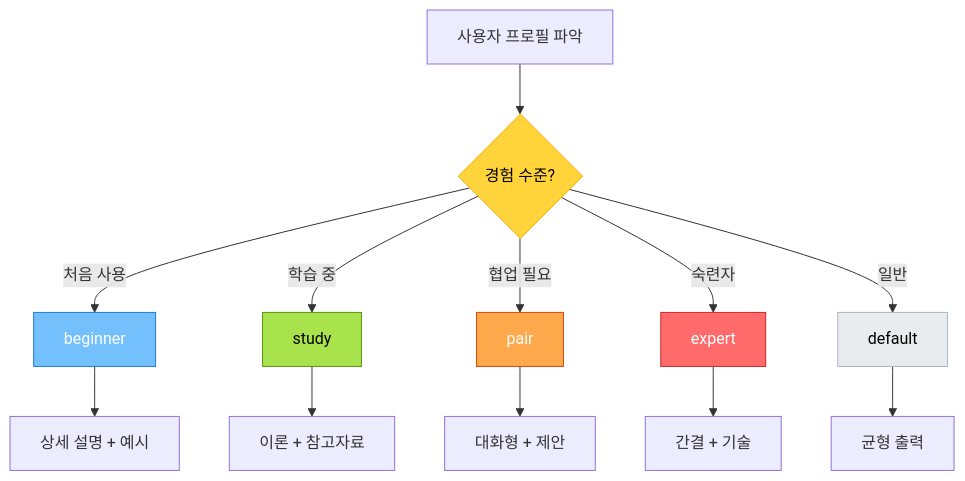
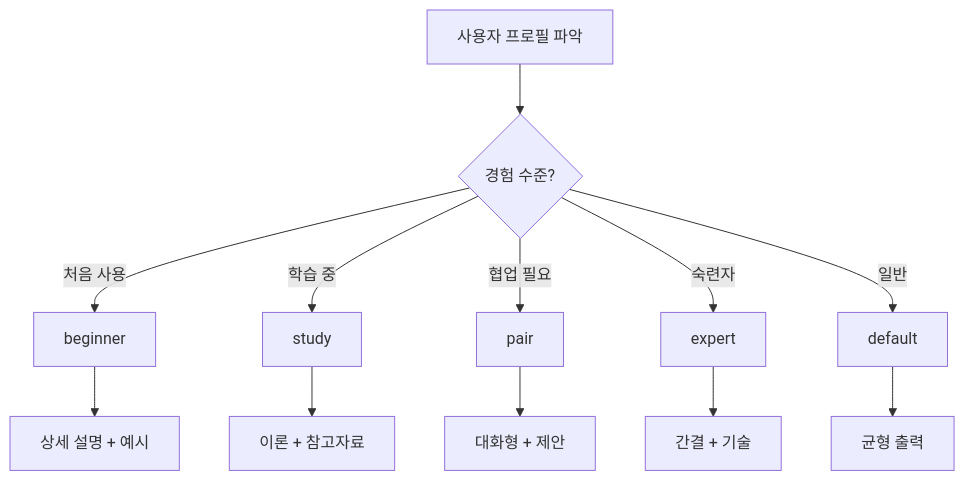
The fifth of 7 diagrams in docs/claude/agents/cc-manager.md (modu-ai/moai-adk), drawn with Mermaid before and after one commit. The commit also changed other lines of this file and 299 other files, not shown here.

First line of the commit message:
🎨 feat: Mermaid 다크/라이트 테마 대응 + trust-checker 통합

````diff
--- a/docs/claude/agents/cc-manager.md
+++ b/docs/claude/agents/cc-manager.md
@@ -408,22 +395,16 @@
 ```mermaid
 graph TD
     A[사용자 프로필 파악] --> B{경험 수준?}
     B -->|처음 사용| C[beginner]
     B -->|학습 중| D[study]
     B -->|협업 필요| E[pair]
     B -->|숙련자| F[expert]
     B -->|일반| G[default]
 
     C --> H[상세 설명 + 예시]
     D --> I[이론 + 참고자료]
     E --> J[대화형 + 제안]
     F --> K[간결 + 기술]
     G --> L[균형 출력]
 
-    style B fill:#ffd43b,stroke:#fab005,color:#000
-    style C fill:#74c0fc,stroke:#1c7ed6,color:#fff
-    style D fill:#a9e34b,stroke:#5c940d,color:#000
-    style E fill:#ffa94d,stroke:#d9480f,color:#fff
-    style F fill:#ff6b6b,stroke:#c92a2a,color:#fff
-    style G fill:#e9ecef,stroke:#adb5bd,color:#000
 ```
````
